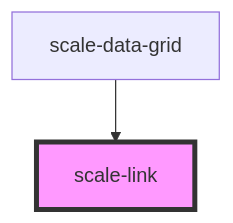
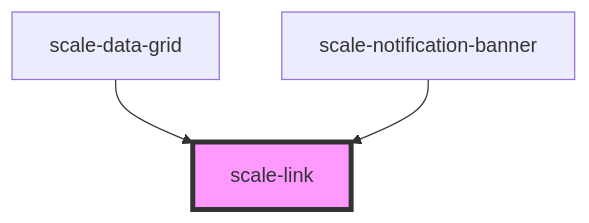
One commit to telekom/scale changed the diagram in packages/components/src/components/link/readme.md. Above: the diagram before and after it, drawn with Mermaid. The commit also changed other lines of this file, not shown here.

Commit message:
refactor: adding readme update

````diff
--- a/packages/components/src/components/link/readme.md
+++ b/packages/components/src/components/link/readme.md
@@ -111,5 +112,6 @@
 ```mermaid
 graph TD;
   scale-data-grid --> scale-link
+  scale-notification-banner --> scale-link
   style scale-link fill:#f9f,stroke:#333,stroke-width:4px
 ```
````
